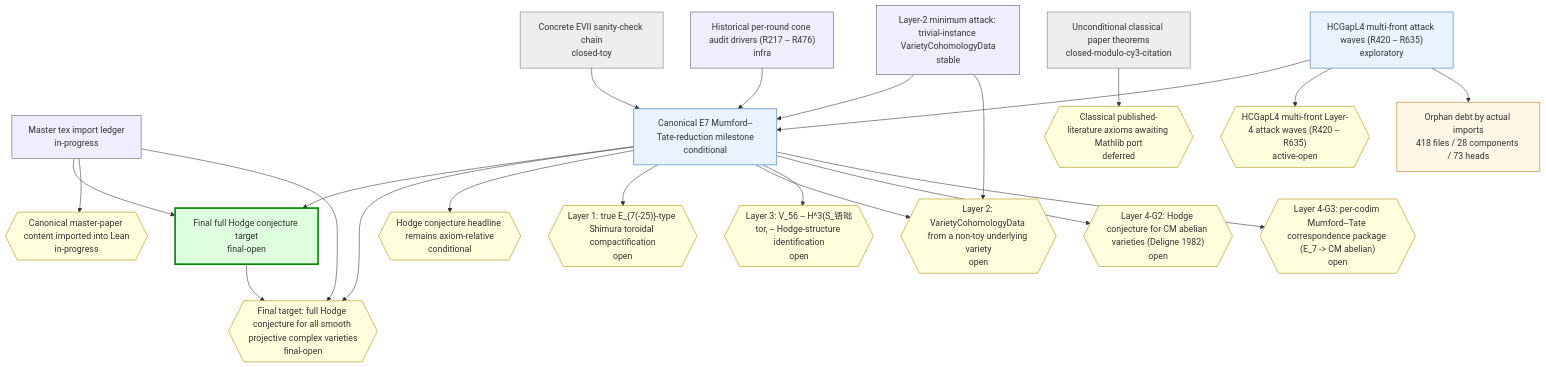
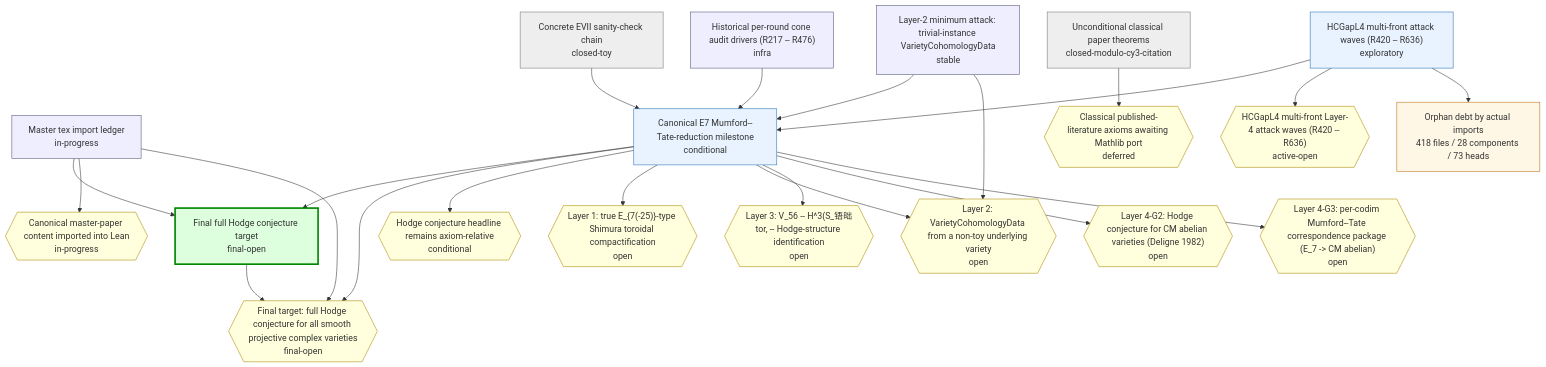
One commit to crabsatellite/hodge-conjecture-lean4-formalization changed the first of 2 diagrams in chain-status/research-map.md. Above: the diagram before and after it, drawn with Mermaid. The commit also changed other lines of this file and 7 other files, not shown here.

````diff
--- a/chain-status/research-map.md
+++ b/chain-status/research-map.md
@@ -46,54 +46,54 @@
 ```mermaid
 graph TD
   classDef main fill:#dfd,stroke:#080,stroke-width:3px
   classDef active fill:#e8f3ff,stroke:#2670b8
   classDef support fill:#eef,stroke:#557
   classDef closed fill:#eee,stroke:#777
   classDef dead fill:#fdd,stroke:#a00,stroke-width:2px
   classDef gapOpen fill:#ffd,stroke:#a80
   classDef gapClosed fill:#eee,stroke:#777
   classDef gapDead fill:#fdd,stroke:#a00
   classDef debt fill:#fff7e6,stroke:#b87514
   classDef debtTaxonomy fill:#e8f3ff,stroke:#2670b8,stroke-dasharray:3 3
   classDef debtRule fill:#eefbea,stroke:#398439,stroke-dasharray:3 3
   classDef debtDead fill:#fdd,stroke:#a00,stroke-dasharray:3 3
   chain_full_hc_final_target["Final full Hodge conjecture target\nfinal-open"]:::main
   chain_master_paper_import_ledger["Master tex import ledger\nin-progress"]:::support
   chain_main_hc_axiom_relative["Canonical E7 Mumford--Tate-reduction milestone\nconditional"]:::active
   chain_unconditional_classical["Unconditional classical paper theorems\nclosed-modulo-cy3-citation"]:::closed
   chain_hcgap_l2_trivial_instances["Layer-2 minimum attack: trivial-instance VarietyCohomologyData\nstable"]:::support
-  chain_hcgap_l4_multifront_active["HCGapL4 multi-front attack waves (R420 -- R635)\nexploratory"]:::active
+  chain_hcgap_l4_multifront_active["HCGapL4 multi-front attack waves (R420 -- R636)\nexploratory"]:::active
   chain_concrete_evii_toy["Concrete EVII sanity-check chain\nclosed-toy"]:::closed
   chain_historical_cone_audits["Historical per-round cone audit drivers (R217 -- R476)\ninfra"]:::support
   gap_G_full_hc{{"Final target: full Hodge conjecture for all smooth projective complex varieties\nfinal-open"}}:::gapOpen
   gap_G_master_paper_import{{"Canonical master-paper content imported into Lean\nin-progress"}}:::gapOpen
   gap_G_main_hc{{"Hodge conjecture headline remains axiom-relative\nconditional"}}:::gapOpen
   gap_G_l1_e7_shimura_tor{{"Layer 1: true E_{7(-25)}-type Shimura toroidal compactification\nopen"}}:::gapOpen
   gap_G_l2_cohomology_construction{{"Layer 2: VarietyCohomologyData from a non-toy underlying variety\nopen"}}:::gapOpen
   gap_G_l3_v56_mt_identification{{"Layer 3: V_56 -- H^3(S_铻昢tor, -- Hodge-structure identification\nopen"}}:::gapOpen
   gap_G_l4_cm_abelian_hc{{"Layer 4-G2: Hodge conjecture for CM abelian varieties (Deligne 1982)\nopen"}}:::gapOpen
   gap_G_l4_mt_correspondence{{"Layer 4-G3: per-codim Mumford--Tate correspondence package (E_7 -> CM abelian)\nopen"}}:::gapOpen
   gap_G_classical_mathlib_port{{"Classical published-literature axioms awaiting Mathlib port\ndeferred"}}:::gapOpen
-  gap_G_hcgap_l4_multifront{{"HCGapL4 multi-front Layer-4 attack waves (R420 -- R635)\nactive-open"}}:::gapOpen
+  gap_G_hcgap_l4_multifront{{"HCGapL4 multi-front Layer-4 attack waves (R420 -- R636)\nactive-open"}}:::gapOpen
   chain_full_hc_final_target --> gap_G_full_hc
   chain_master_paper_import_ledger --> chain_full_hc_final_target
   chain_master_paper_import_ledger --> gap_G_master_paper_import
   chain_master_paper_import_ledger --> gap_G_full_hc
   chain_main_hc_axiom_relative --> chain_full_hc_final_target
   chain_main_hc_axiom_relative --> gap_G_full_hc
   chain_main_hc_axiom_relative --> gap_G_main_hc
   chain_main_hc_axiom_relative --> gap_G_l1_e7_shimura_tor
   chain_main_hc_axiom_relative --> gap_G_l2_cohomology_construction
   chain_main_hc_axiom_relative --> gap_G_l3_v56_mt_identification
   chain_main_hc_axiom_relative --> gap_G_l4_cm_abelian_hc
   chain_main_hc_axiom_relative --> gap_G_l4_mt_correspondence
   chain_unconditional_classical --> gap_G_classical_mathlib_port
   chain_hcgap_l2_trivial_instances --> chain_main_hc_axiom_relative
   chain_hcgap_l2_trivial_instances --> gap_G_l2_cohomology_construction
   chain_hcgap_l4_multifront_active --> chain_main_hc_axiom_relative
   chain_hcgap_l4_multifront_active --> gap_G_hcgap_l4_multifront
   chain_concrete_evii_toy --> chain_main_hc_axiom_relative
   chain_historical_cone_audits --> chain_main_hc_axiom_relative
   debt_all["Orphan debt by actual imports\n418 files / 28 components / 73 heads"]:::debt
   chain_hcgap_l4_multifront_active --> debt_all
 ```
````
